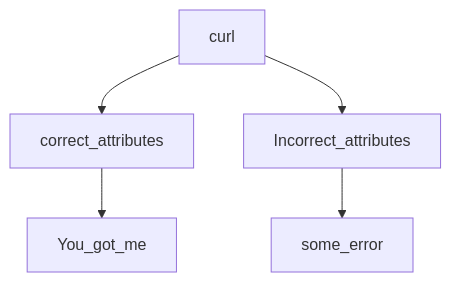
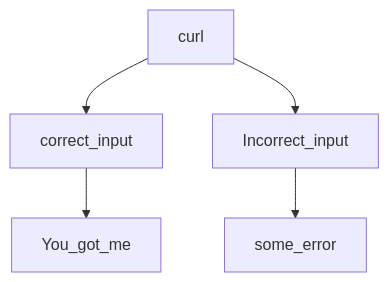
Before and after one commit to Matthew-brinkmann/holbertonschool-higher_level_programming: the first of 4 diagrams in 0x10-python-network_0/advanced_task_2.md, drawn with Mermaid. The commit also changed other lines of this file, not shown here.

````diff
--- a/0x10-python-network_0/advanced_task_2.md
+++ b/0x10-python-network_0/advanced_task_2.md
@@ -15,7 +15,7 @@
 ```mermaid
 graph TD;
-    curl -->correct_attributes;
-    curl-->Incorrect_attributes;
-    correct_attributes-->You_got_me;
-    Incorrect_attributes-->some_error;
+    curl-->correct_input;
+    curl-->Incorrect_input;
+    correct_input-->You_got_me;
+    Incorrect_input-->some_error;
 ```
````
